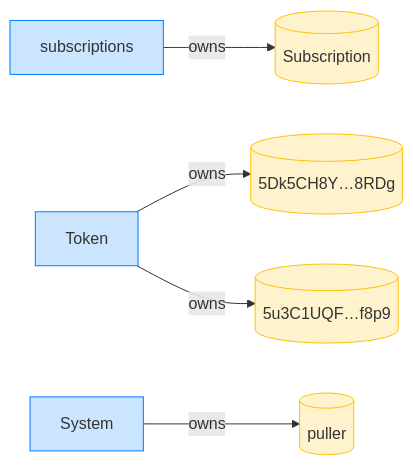
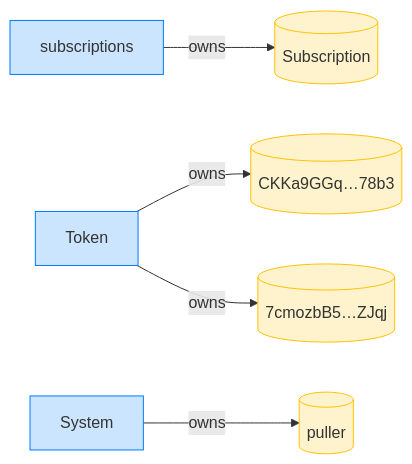
Before and after one commit to cds-rs/subscriptions: diagram 12 of 12 in dsl_tests/transfer-subscription--an-authorized-puller-pulls.md, drawn with Mermaid. The commit also changed other lines of this file and 224 other files, not shown here.

````diff
--- a/dsl_tests/transfer-subscription--an-authorized-puller-pulls.md
+++ b/dsl_tests/transfer-subscription--an-authorized-puller-pulls.md
@@ -224,16 +239,16 @@
 ```mermaid
 flowchart LR
     classDef owner fill:#cce5ff,stroke:#007bff;
     classDef account fill:#fff3cd,stroke:#ffc107;
     subscriptions[subscriptions]:::owner
     Subscription[(Subscription)]:::account
     Token[Token]:::owner
-    5Dk5CH8Y_8RDg[("5Dk5CH8Y…8RDg")]:::account
-    5u3C1UQF_f8p9[("5u3C1UQF…f8p9")]:::account
+    CKKa9GGq_78b3[("CKKa9GGq…78b3")]:::account
+    7cmozbB5_ZJqj[("7cmozbB5…ZJqj")]:::account
     System[System]:::owner
     puller[(puller)]:::account
     subscriptions -->|owns| Subscription
-    Token -->|owns| 5Dk5CH8Y_8RDg
-    Token -->|owns| 5u3C1UQF_f8p9
+    Token -->|owns| CKKa9GGq_78b3
+    Token -->|owns| 7cmozbB5_ZJqj
     System -->|owns| puller
 ```
````
